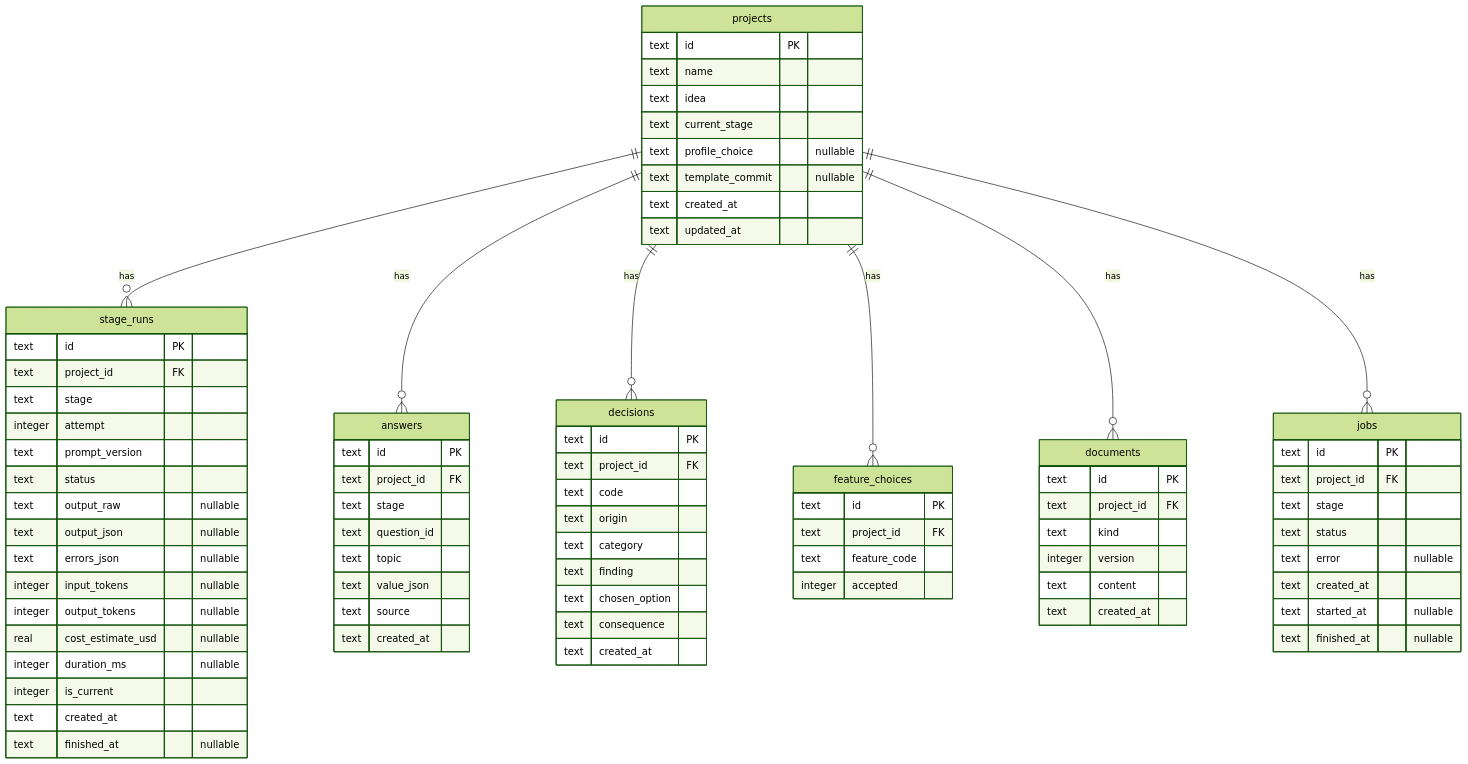
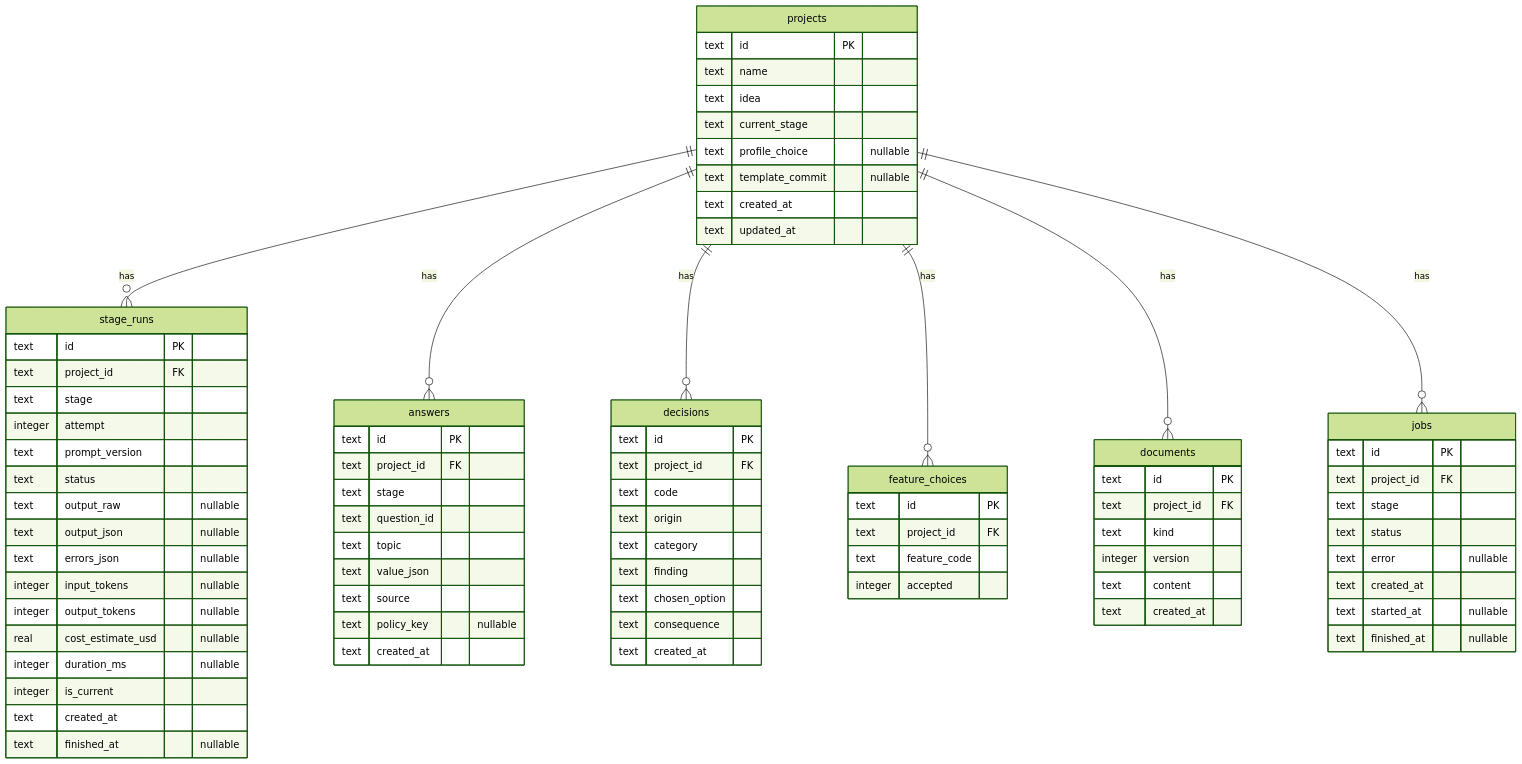
The diagram in docs/PRD.md (Vladeouz/prd-generator), drawn with Mermaid (forest theme) before and after one commit. The commit also changed other lines of this file and 31 other files, not shown here.

```diff
--- a/docs/PRD.md
+++ b/docs/PRD.md
@@ -158,6 +158,7 @@
         text topic
         text value_json
         text source
+        text policy_key "nullable"
         text created_at
     }
     decisions {
```
